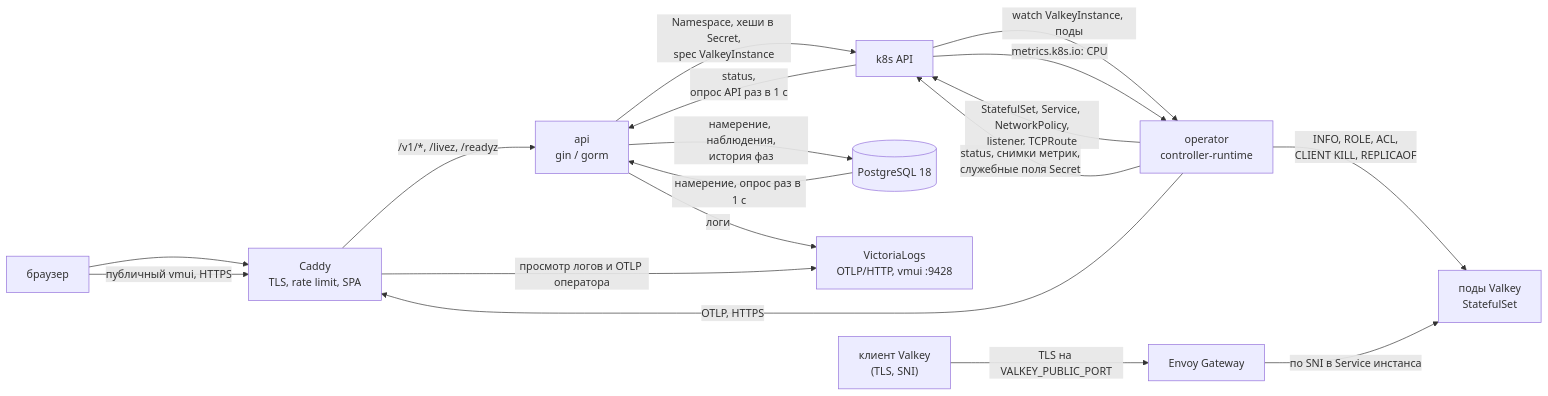
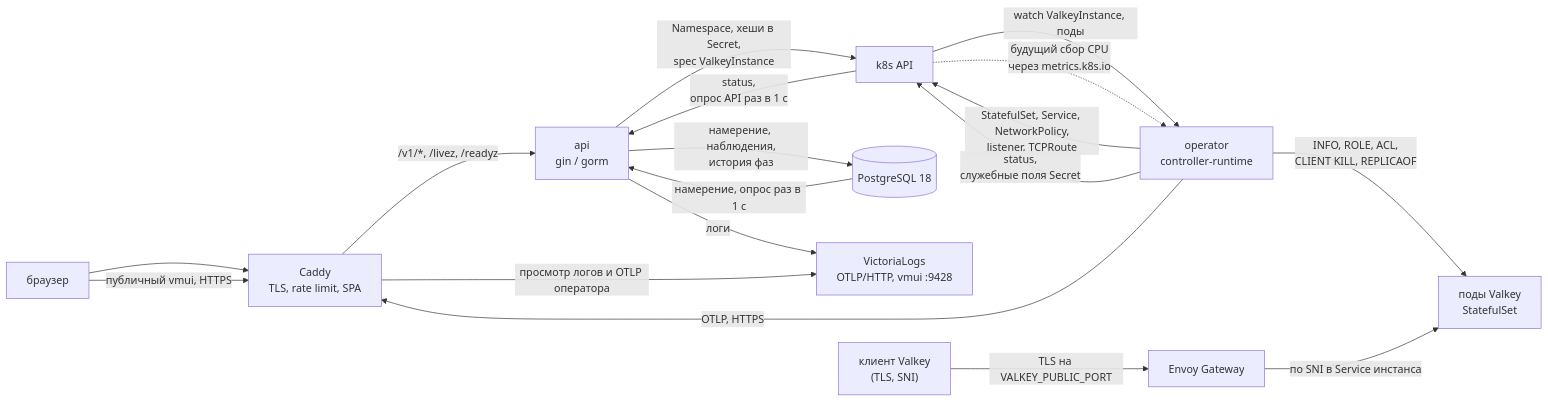
One commit to RostislavDugin/managed-valkey changed the first of 2 diagrams in SYSTEM.md. Above: the diagram before and after it, drawn with Mermaid. The commit also changed other lines of this file and 28 other files, not shown here.

````diff
--- a/SYSTEM.md
+++ b/SYSTEM.md
@@ -108,31 +108,31 @@
 ```mermaid
 flowchart LR
     client["клиент Valkey<br/>(TLS, SNI)"]
     browser["браузер"]
     caddy["Caddy<br/>TLS, rate limit, SPA"]
     api["api<br/>gin / gorm"]
     pg[("PostgreSQL 18")]
     vl["VictoriaLogs<br/>OTLP/HTTP, vmui :9428"]
     k8s["k8s API"]
     operator["operator<br/>controller-runtime"]
     gw["Envoy Gateway"]
     pods["поды Valkey<br/>StatefulSet"]
 
     browser --> caddy
     caddy -- "/v1/*, /livez, /readyz" --> api
     api -- "намерение, наблюдения,<br/>история фаз" --> pg
     pg -- "намерение, опрос раз в 1 с" --> api
     api -- "Namespace, хеши в Secret,<br/>spec ValkeyInstance" --> k8s
     k8s -- "status,<br/>опрос API раз в 1 с" --> api
     k8s -- "watch ValkeyInstance, поды" --> operator
     operator -- "StatefulSet, Service, NetworkPolicy,<br/>listener, TCPRoute" --> k8s
     operator -- "INFO, ROLE, ACL,<br/>CLIENT KILL, REPLICAOF" --> pods
-    operator -- "status, снимки метрик,<br/>служебные поля Secret" --> k8s
-    k8s -- "metrics.k8s.io: CPU" --> operator
+    operator -- "status,<br/>служебные поля Secret" --> k8s
+    k8s -. "будущий сбор CPU<br/>через metrics.k8s.io" .-> operator
     api -- "логи" --> vl
     operator -- "OTLP, HTTPS" --> caddy
     browser -- "публичный vmui, HTTPS" --> caddy
     caddy -- "просмотр логов и OTLP оператора" --> vl
     client -- "TLS на VALKEY_PUBLIC_PORT" --> gw
     gw -- "по SNI в Service инстанса" --> pods
 ```
````
